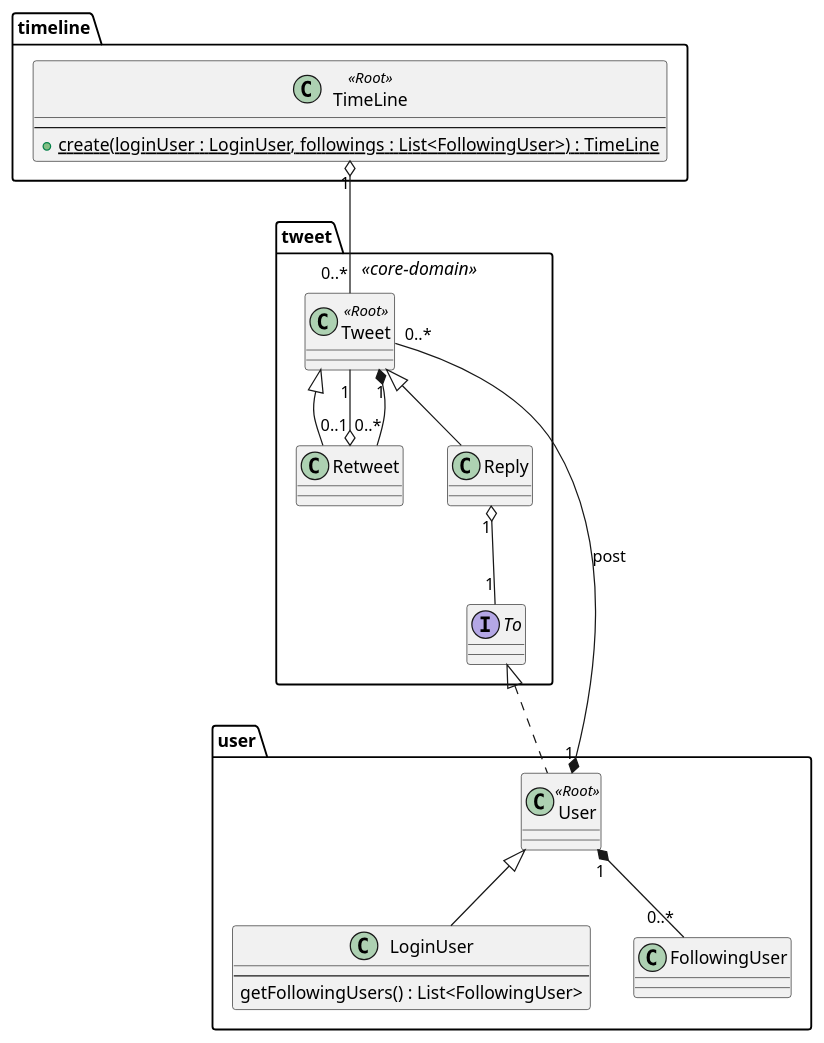
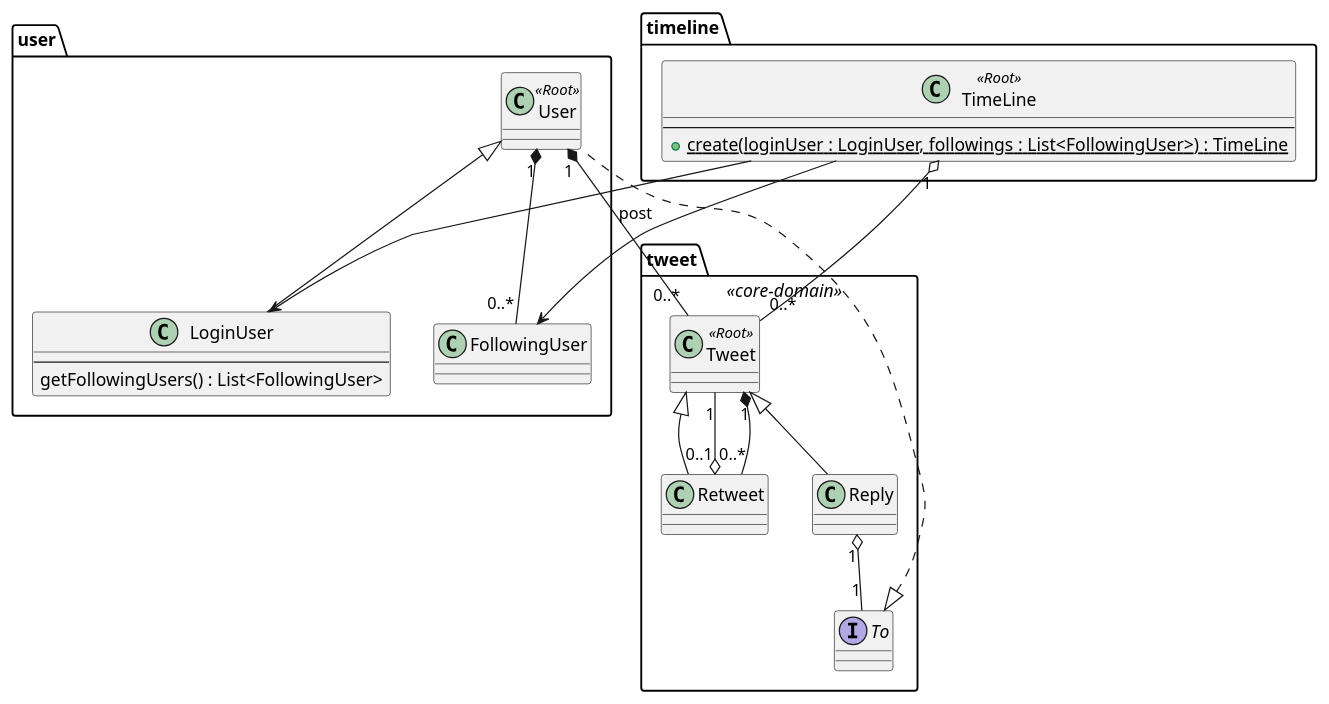
Before and after one commit to m-doi/dddprac-twitter: the diagram in domain_model.puml, drawn with PlantUML.

Commit message:
記述が漏れていた依存関係を追加した

```diff
--- a/domain_model.puml
+++ b/domain_model.puml
@@ -1,46 +1,49 @@
 @startuml
 
 package tweet <<core-domain>> {
     class Tweet  <<Root>>
     class Retweet
     class Reply
     interface To
 
     Tweet <|-- Retweet
     Tweet <|-- Reply
     Retweet "0..1" o-- "1" Tweet
     Tweet "1" *-- "0..*" Retweet
 
     Reply "1" o-- "1" To
 }
 
 
 
 package user {
     class User <<Root>>
     class LoginUser {
         --
         getFollowingUsers() : List<FollowingUser>
     }
 
     User <|-- LoginUser
 
     class FollowingUser
     User "1" *-- "0..*" FollowingUser
 }
 
 User "1" *-- "0..*" Tweet : post
 To <|.. User
 
 package timeline {
     class TimeLine <<Root>> {
         --
         + {static} create(loginUser : LoginUser, followings : List<FollowingUser>) : TimeLine
     }
 }
 
 TimeLine "1" o-- "0..*" Tweet
+TimeLine --> LoginUser
+TimeLine --> FollowingUser
+
 
 
 
 @enduml
```
